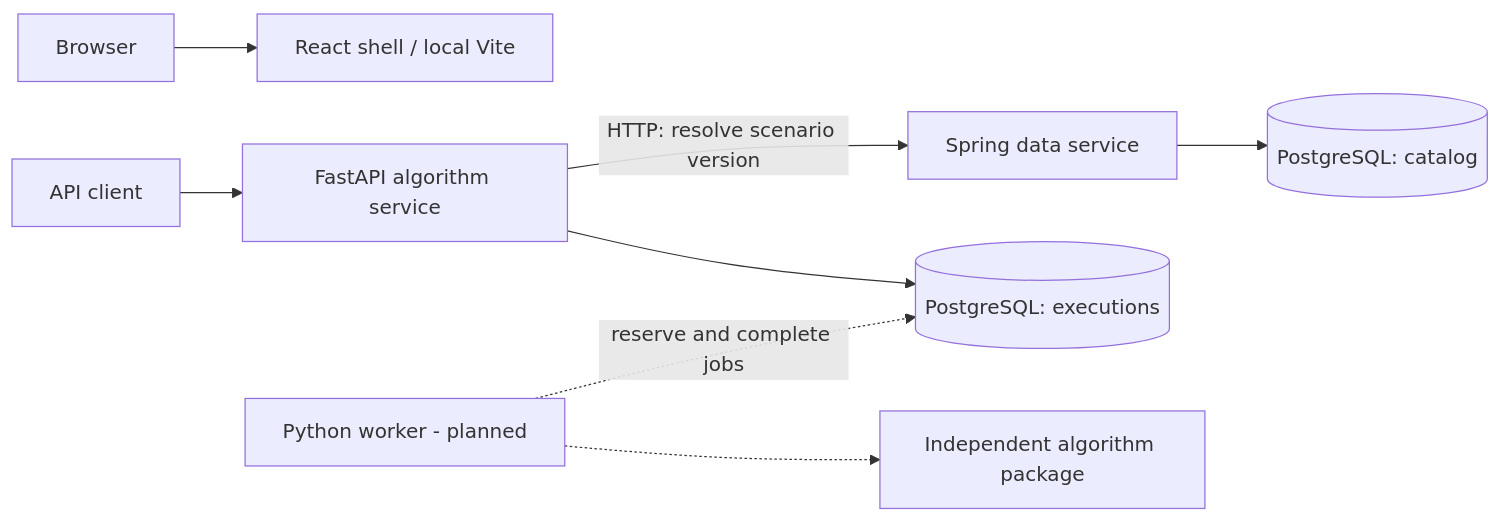
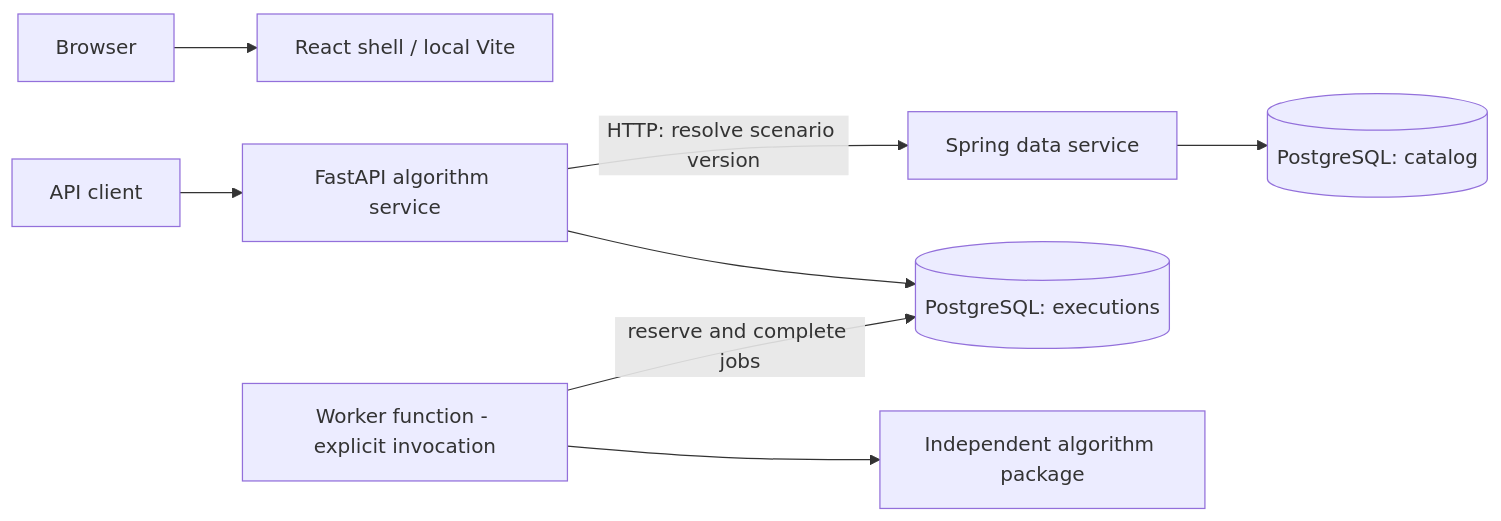
The diagram in docs/architecture/components-and-runtime.md (eseidinger/algorithms), drawn with Mermaid before and after one commit. The commit also changed other lines of this file and 9 other files, not shown here.

Commit message:
feat: process individual execution jobs with guarded worker outcomes

````diff
--- a/docs/architecture/components-and-runtime.md
+++ b/docs/architecture/components-and-runtime.md
@@ -9,10 +9,10 @@
 ```mermaid
 flowchart LR
     Browser[Browser] --> Web[React shell / local Vite]
     Client[API client] --> API[FastAPI algorithm service]
     API -->|HTTP: resolve scenario version| Spring[Spring data service]
     Spring --> Catalog[(PostgreSQL: catalog)]
     API --> Jobs[(PostgreSQL: executions)]
-    Worker[Python worker - planned] -.->|reserve and complete jobs| Jobs
-    Worker -.-> Core[Independent algorithm package]
+    Worker[Worker function - explicit invocation] -->|reserve and complete jobs| Jobs
+    Worker --> Core[Independent algorithm package]
 ```
````
